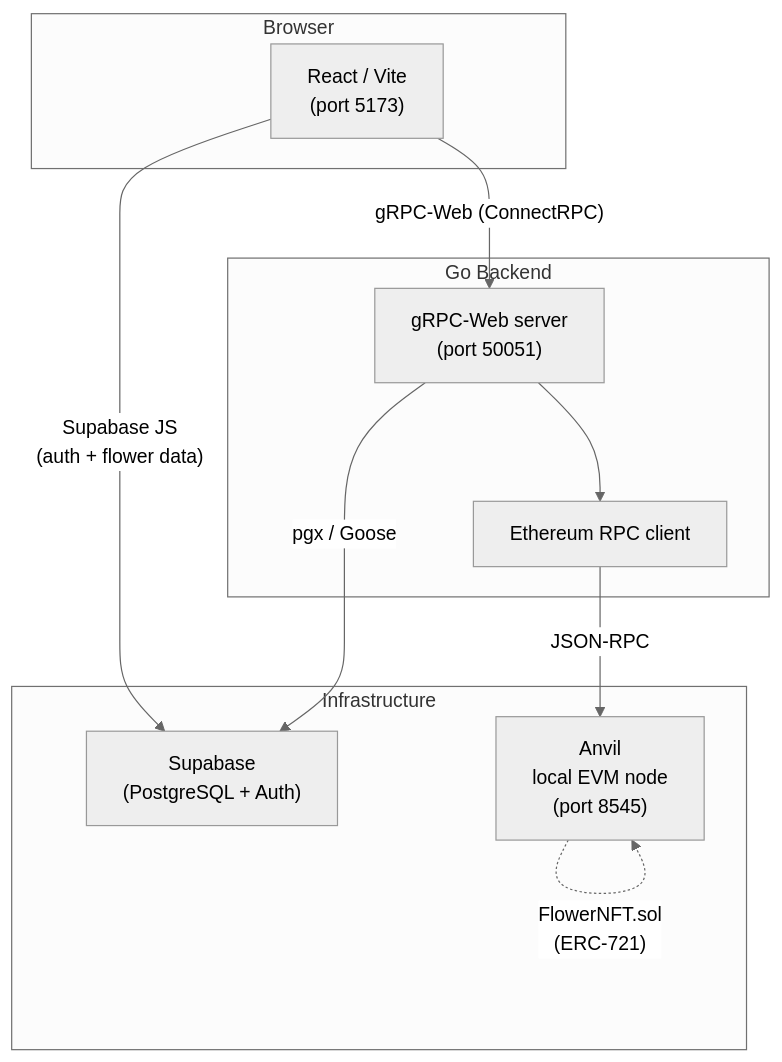
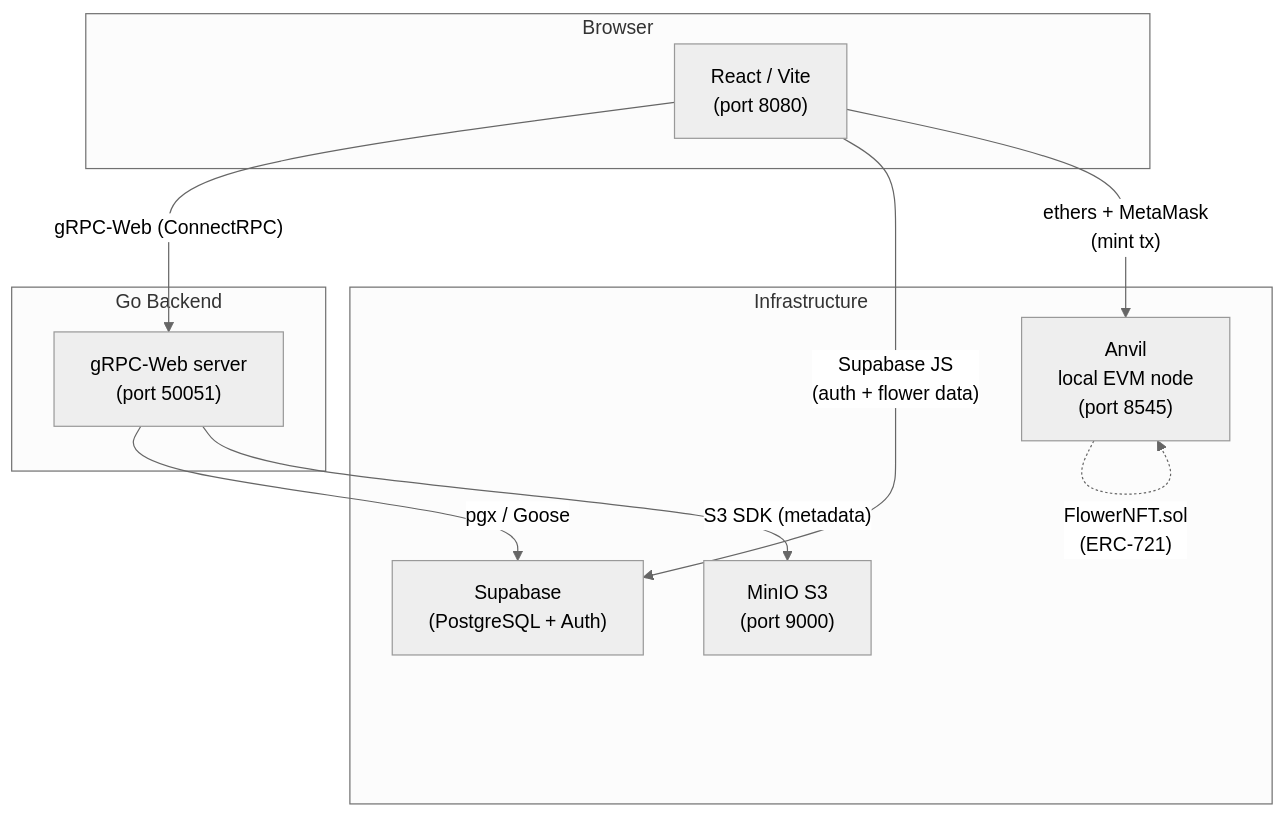
Before and after one commit to VoixKz/petal-pixel: the diagram in README.md, drawn with Mermaid (neutral theme). The commit also changed other lines of this file and 5 other files, not shown here.

````diff
--- a/README.md
+++ b/README.md
@@ -33,23 +33,23 @@
 ```mermaid
 flowchart TD
     subgraph browser [Browser]
-        UI["React / Vite\n(port 5173)"]
+        UI["React / Vite\n(port 8080)"]
     end
 
     subgraph backend [Go Backend]
         gRPC["gRPC-Web server\n(port 50051)"]
-        Chain["Ethereum RPC client"]
     end
 
     subgraph infra [Infrastructure]
         Supabase["Supabase\n(PostgreSQL + Auth)"]
         Anvil["Anvil\nlocal EVM node\n(port 8545)"]
+        MinIO["MinIO S3\n(port 9000)"]
     end
 
     UI -- "gRPC-Web (ConnectRPC)" --> gRPC
     UI -- "Supabase JS\n(auth + flower data)" --> Supabase
+    UI -- "ethers + MetaMask\n(mint tx)" --> Anvil
     gRPC -- "pgx / Goose" --> Supabase
-    gRPC --> Chain
-    Chain -- "JSON-RPC" --> Anvil
+    gRPC -- "S3 SDK (metadata)" --> MinIO
     Anvil -. "FlowerNFT.sol\n(ERC-721)" .-> Anvil
 ```
````
